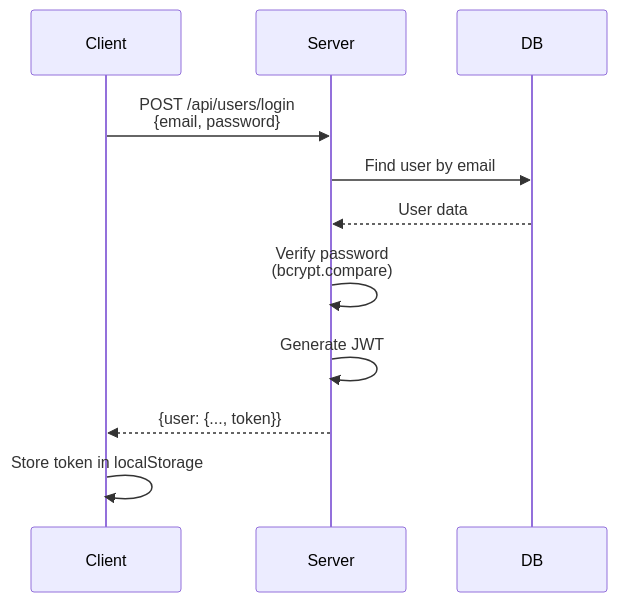
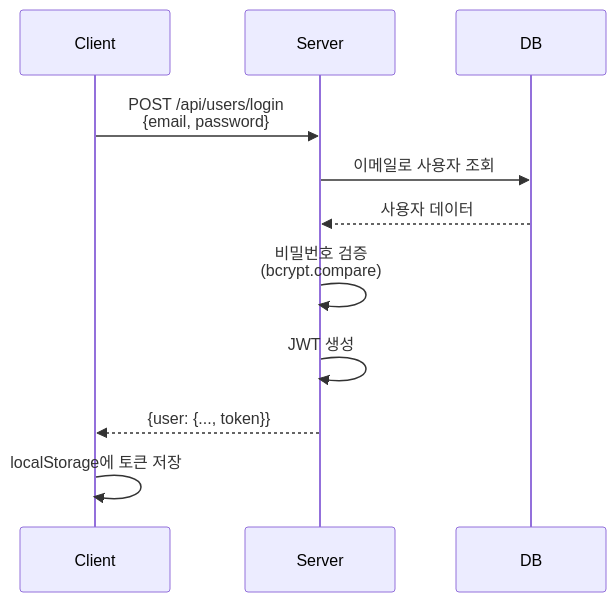
The fifth of 6 diagrams in docs/Architecture.md (serithemage/claude-code-demo), drawn with Mermaid before and after one commit. The commit also changed other lines of this file and 61 other files, not shown here.

````diff
--- a/docs/Architecture.md
+++ b/docs/Architecture.md
@@ -375,14 +375,14 @@
 ```mermaid
 sequenceDiagram
     participant Client
     participant Server
     participant DB
 
     Client->>Server: POST /api/users/login<br/>{email, password}
-    Server->>DB: Find user by email
-    DB-->>Server: User data
-    Server->>Server: Verify password<br/>(bcrypt.compare)
-    Server->>Server: Generate JWT
+    Server->>DB: 이메일로 사용자 조회
+    DB-->>Server: 사용자 데이터
+    Server->>Server: 비밀번호 검증<br/>(bcrypt.compare)
+    Server->>Server: JWT 생성
     Server-->>Client: {user: {..., token}}
-    Client->>Client: Store token in localStorage
+    Client->>Client: localStorage에 토큰 저장
 ```
````
